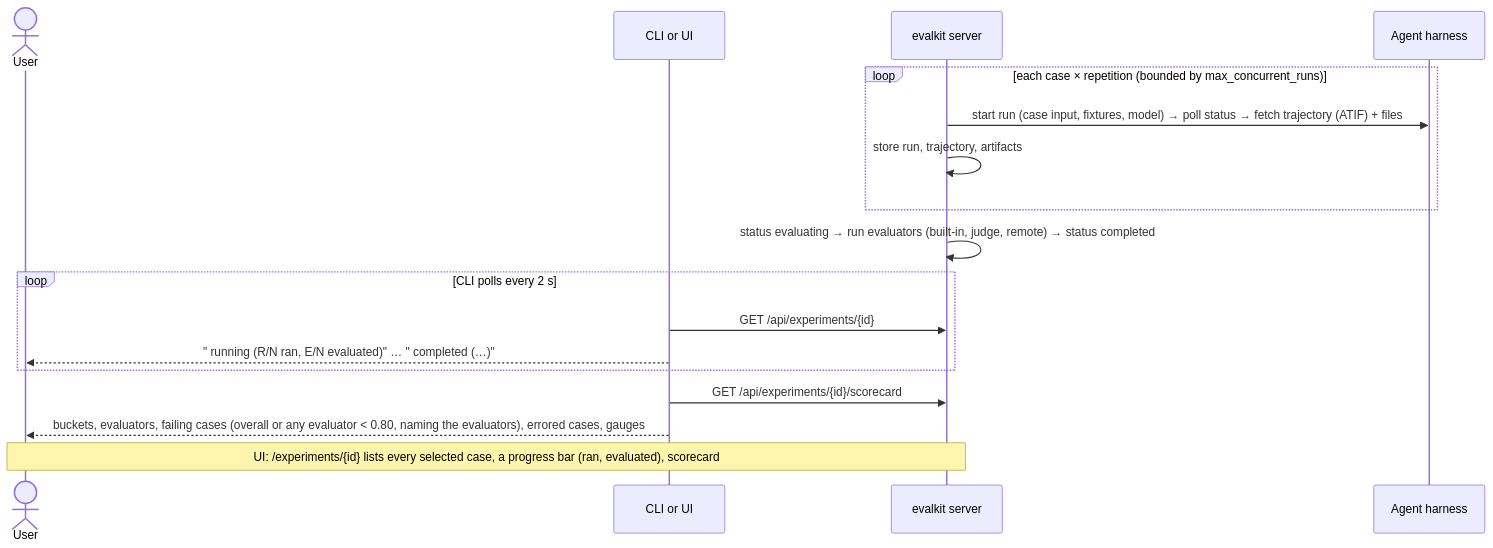
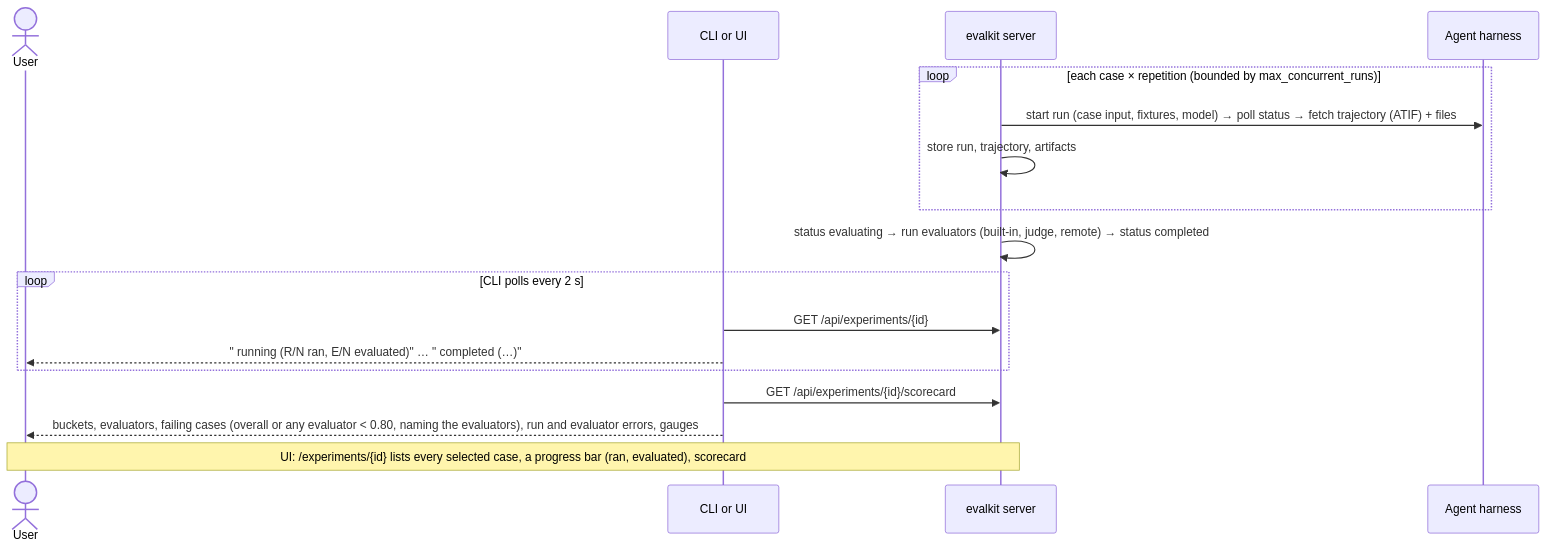
One commit to inferedge-ai/evalkit changed the second of 3 diagrams in docs/flows/06-server-run.md. Above: the diagram before and after it, drawn with Mermaid. The commit also changed 49 other files, not shown here.

````diff
--- a/docs/flows/06-server-run.md
+++ b/docs/flows/06-server-run.md
@@ -44,19 +44,19 @@
 ```mermaid
 sequenceDiagram
   actor U as User
   participant C as CLI or UI
   participant S as evalkit server
   participant H as Agent harness
   loop each case × repetition (bounded by max_concurrent_runs)
     S->>H: start run (case input, fixtures, model) → poll status → fetch trajectory (ATIF) + files
     S->>S: store run, trajectory, artifacts
   end
   S->>S: status evaluating → run evaluators (built-in, judge, remote) → status completed
   loop CLI polls every 2 s
     C->>S: GET /api/experiments/{id}
     C-->>U: "  running (R/N ran, E/N evaluated)" … "  completed (…)"
   end
   C->>S: GET /api/experiments/{id}/scorecard
-  C-->>U: buckets, evaluators, failing cases (overall or any evaluator < 0.80, naming the evaluators), errored cases, gauges
+  C-->>U: buckets, evaluators, failing cases (overall or any evaluator < 0.80, naming the evaluators), run and evaluator errors, gauges
   Note over U,S: UI: /experiments/{id} lists every selected case, a progress bar (ran, evaluated), scorecard
 ```
````
